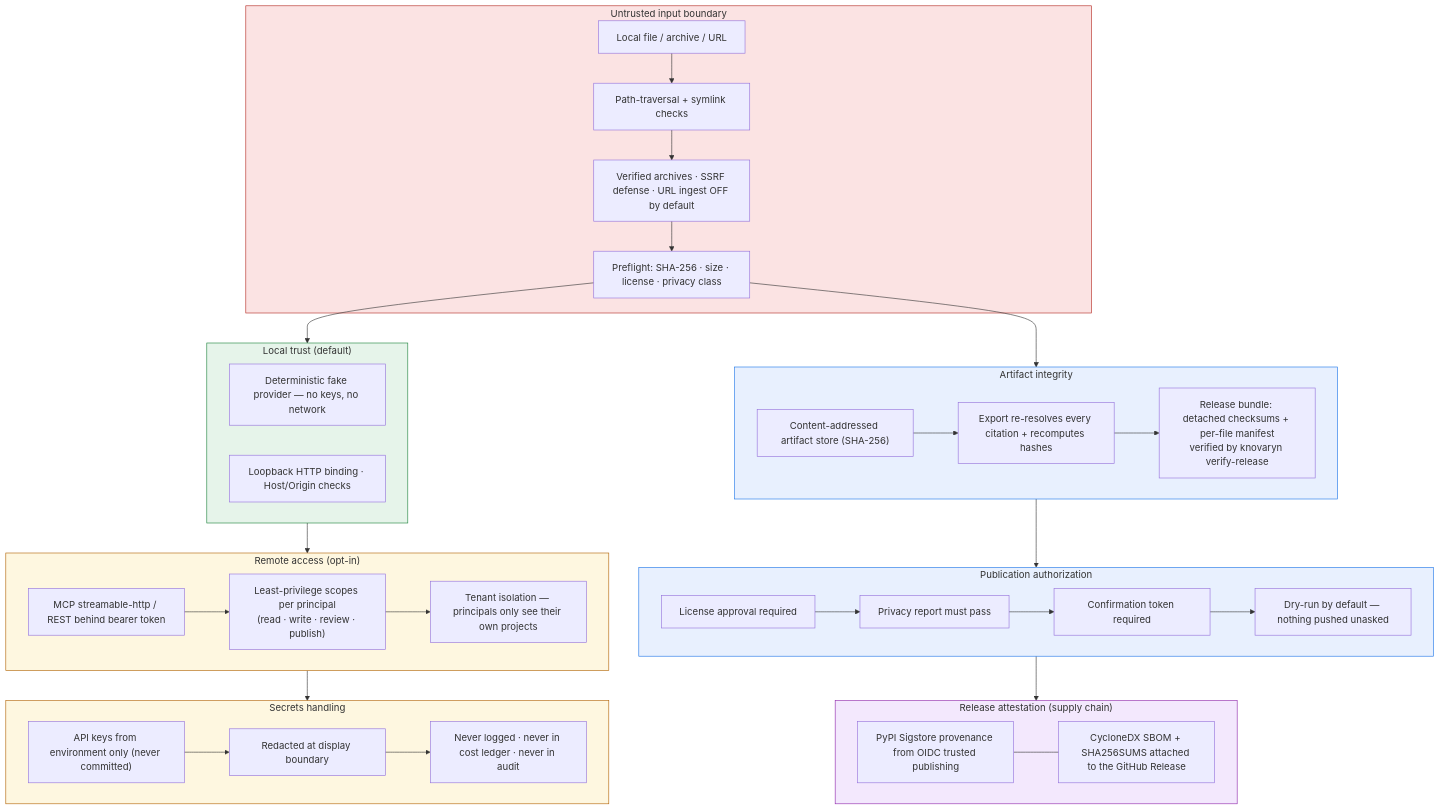
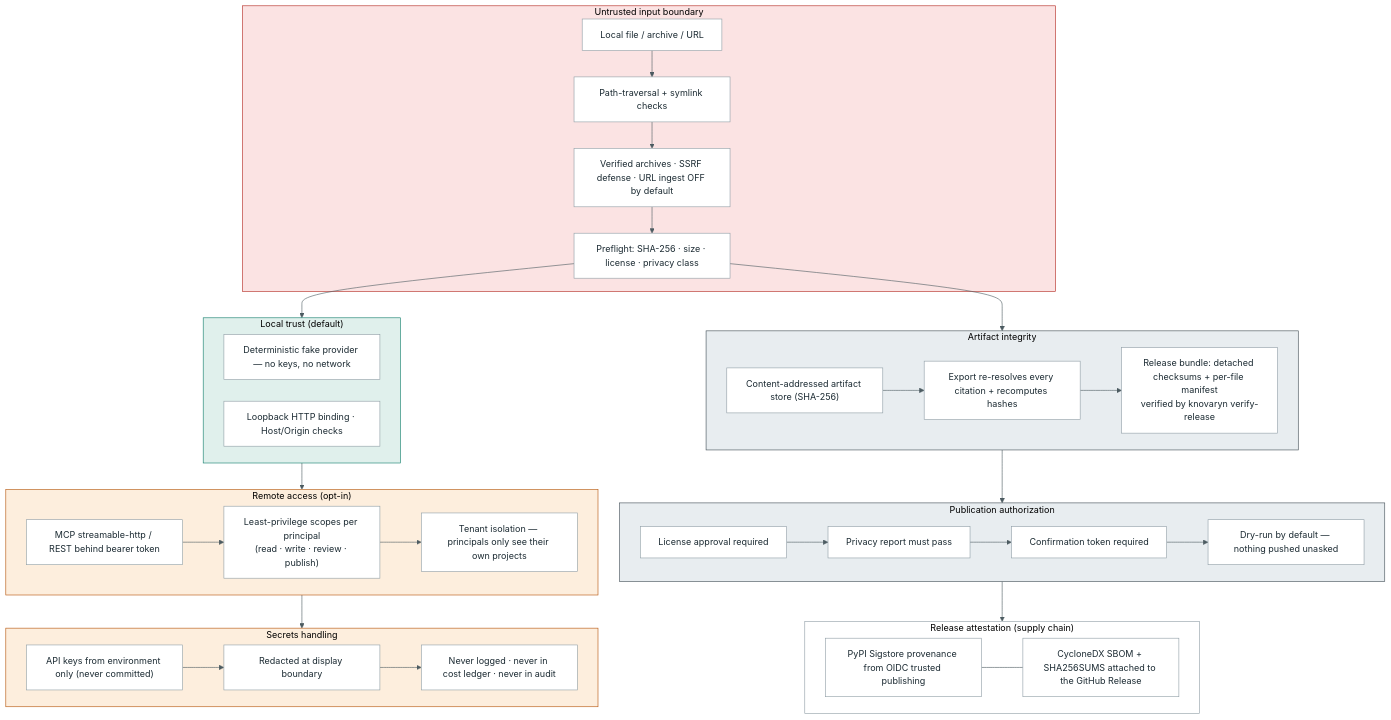
The diagram in docs/assets/diagrams/security.mmd (waalwalker1/knovaryn), drawn with Mermaid before and after one commit. The commit also changed 193 other files, not shown here.

First line of the commit message:
v0.2.2 public launch: brand, design system, site, benchmarks, gates (#21)

```diff
--- a/docs/assets/diagrams/security.mmd
+++ b/docs/assets/diagrams/security.mmd
@@ -1,67 +1,69 @@
 %% Knovaryn — Security & privacy boundaries (contract 6.3 #6)
 %% Local trust · remote authentication · tenant authorization · intake
 %% boundary · secrets · publication authorization · release attestation.
+%% Restyled to the brand palette (docs/design-system/tokens.css) — facts unchanged per contract §12.5/§12.6.
+%%{init: {"theme": "base", "themeVariables": {"primaryColor": "#ffffff", "primaryBorderColor": "#909ea6", "primaryTextColor": "#1c2b33", "lineColor": "#4c5b61", "clusterBkg": "#f7f6f2", "clusterBorder": "#d3dadd", "fontFamily": "-apple-system, BlinkMacSystemFont, Segoe UI, sans-serif", "fontSize": "15px"}, "flowchart": {"nodeSpacing": 36, "rankSpacing": 44}}}%%
 flowchart TD
     subgraph INTAKE["Untrusted input boundary"]
         T1["Local file / archive / URL"]
         T2["Path-traversal + symlink checks"]
         T3["Verified archives · SSRF defense · URL ingest OFF by default"]
         T1 --> T2 --> T3
         T4["Preflight: SHA-256 · size · license · privacy class"]
         T3 --> T4
     end
 
     subgraph LOCAL["Local trust (default)"]
         L1["Deterministic fake provider — no keys, no network"]
         L2["Loopback HTTP binding · Host/Origin checks"]
     end
 
     subgraph REMOTE["Remote access (opt-in)"]
         R1["MCP streamable-http / REST behind bearer token"]
         R2["Least-privilege scopes per principal<br/>(read · write · review · publish)"]
         R3["Tenant isolation — principals only see their own projects"]
         R1 --> R2 --> R3
     end
 
     subgraph SECRETS["Secrets handling"]
         S1["API keys from environment only (never committed)"]
         S2["Redacted at display boundary"]
         S3["Never logged · never in cost ledger · never in audit"]
         S1 --> S2 --> S3
     end
 
     subgraph ARTIFACTS["Artifact integrity"]
         A1["Content-addressed artifact store (SHA-256)"]
         A2["Export re-resolves every citation + recomputes hashes"]
         A3["Release bundle: detached checksums + per-file manifest<br/>verified by knovaryn verify-release"]
         A1 --> A2 --> A3
     end
 
     subgraph PUBLISH["Publication authorization"]
         G1["License approval required"]
         G2["Privacy report must pass"]
         G3["Confirmation token required"]
         G4["Dry-run by default — nothing pushed unasked"]
         G1 --> G2 --> G3 --> G4
     end
 
     subgraph RELEASE["Release attestation (supply chain)"]
         N1["PyPI Sigstore provenance from OIDC trusted publishing"]
         N2["CycloneDX SBOM + SHA256SUMS attached to the GitHub Release"]
         N1 --- N2
     end
 
     T4 --> LOCAL
     LOCAL --> REMOTE
     REMOTE --> SECRETS
     T4 --> ARTIFACTS
     ARTIFACTS --> PUBLISH
     PUBLISH --> RELEASE
 
     style INTAKE fill:#fbe3e3,stroke:#b3261e
-    style REMOTE fill:#fef7e0,stroke:#b06000
-    style SECRETS fill:#fef7e0,stroke:#b06000
-    style LOCAL fill:#e6f4ea,stroke:#188038
-    style ARTIFACTS fill:#e8f0fe,stroke:#1a73e8
-    style PUBLISH fill:#e8f0fe,stroke:#1a73e8
-    style RELEASE fill:#f3e8fd,stroke:#8e24aa
+    style REMOTE fill:#fdeedd,stroke:#b45309
+    style SECRETS fill:#fdeedd,stroke:#b45309
+    style LOCAL fill:#e0f0ec,stroke:#0e7c6b
+    style ARTIFACTS fill:#e8edf0,stroke:#404d55
+    style PUBLISH fill:#e8edf0,stroke:#404d55
+    style RELEASE fill:#ffffff,stroke:#909ea6
```
